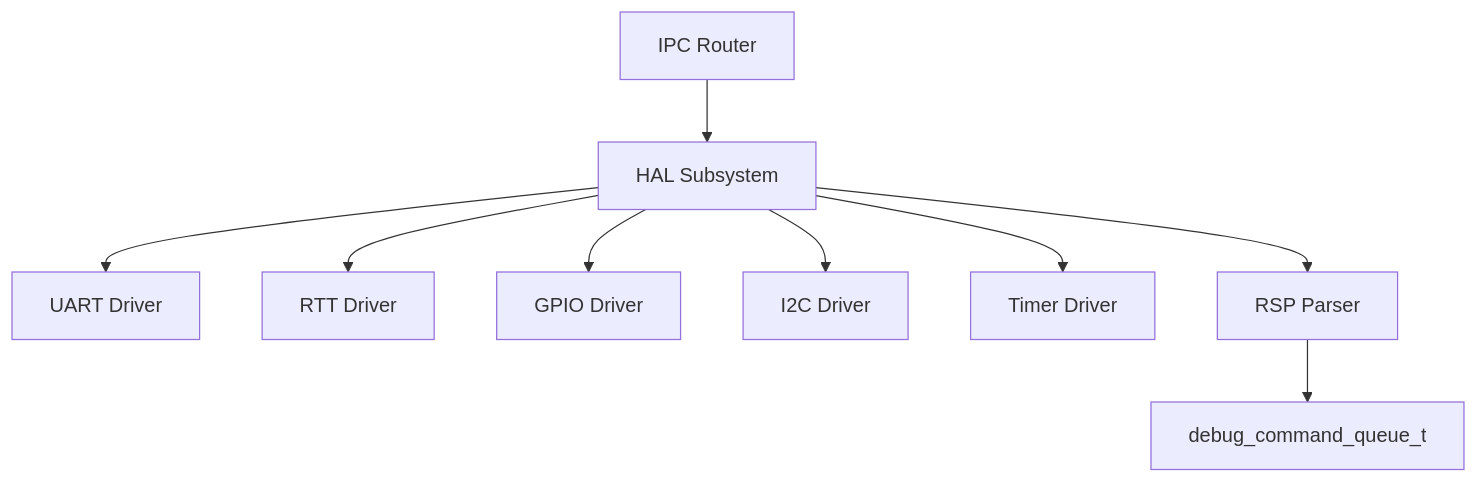
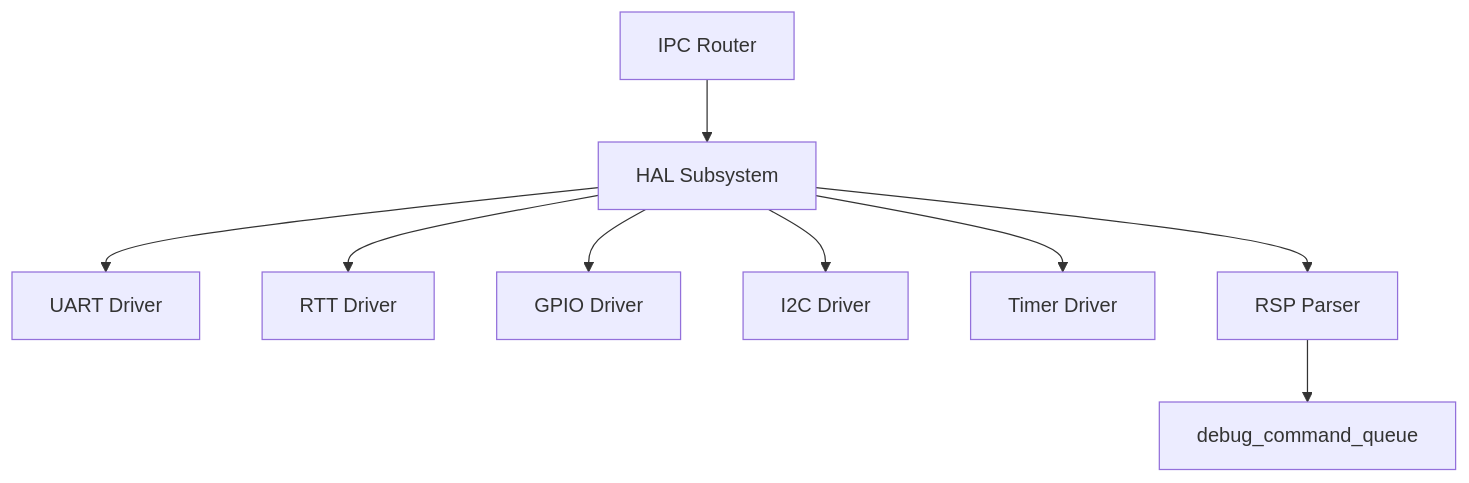
Before and after one commit to kmt-t/fireball: the first of 3 diagrams in docs/orders/components/hal.md, drawn with Mermaid. The commit also changed other lines of this file and 20 other files, not shown here.

````diff
--- a/docs/orders/components/hal.md
+++ b/docs/orders/components/hal.md
@@ -14,11 +14,11 @@
 ```mermaid
 graph TD
     IPCR[IPC Router] --> HAL[HAL Subsystem]
     HAL --> UART[UART Driver]
     HAL --> RTT[RTT Driver]
     HAL --> GPIO[GPIO Driver]
     HAL --> I2C[I2C Driver]
     HAL --> Timer[Timer Driver]
     HAL --> RSP[RSP Parser]
-    RSP --> Queue[debug_command_queue_t]
+    RSP --> Queue[debug_command_queue]
 ```
````
